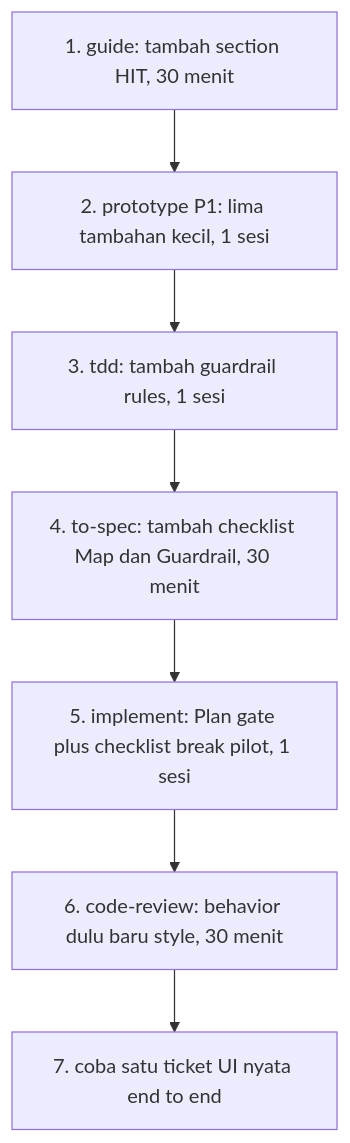
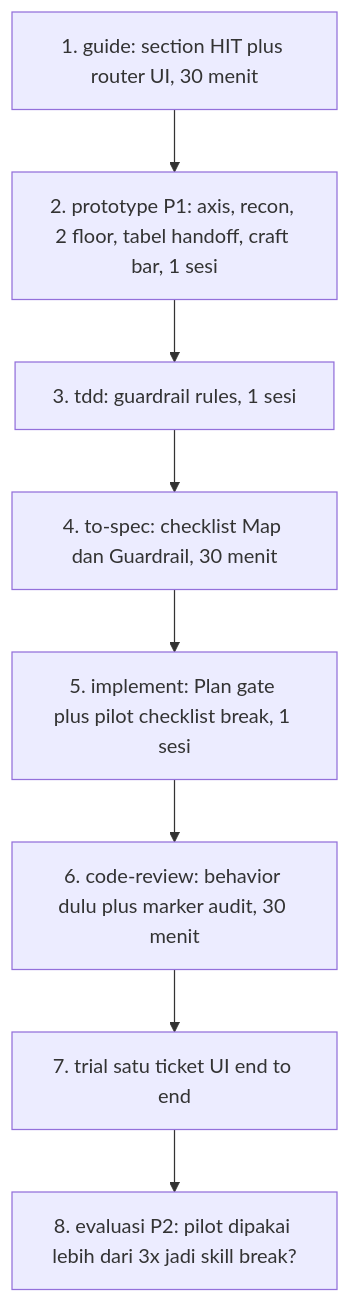
The third of 3 diagrams in scratch/hit-loop-plan.md (TudeOrangBiasa/skills-for-agents), drawn with Mermaid before and after one commit. The commit also changed other lines of this file, not shown here.

Commit message:
Auto-save: Updated scratch/hit-loop-plan.md

````diff
--- a/scratch/hit-loop-plan.md
+++ b/scratch/hit-loop-plan.md
@@ -220,9 +220,10 @@
 ```mermaid
 flowchart TD
-    A["1. guide: tambah section HIT, 30 menit"] --> B["2. prototype P1: lima tambahan kecil, 1 sesi"]
-    B --> C["3. tdd: tambah guardrail rules, 1 sesi"]
-    C --> D["4. to-spec: tambah checklist Map dan Guardrail, 30 menit"]
-    D --> E["5. implement: Plan gate plus checklist break pilot, 1 sesi"]
-    E --> F["6. code-review: behavior dulu baru style, 30 menit"]
-    F --> G["7. coba satu ticket UI nyata end to end"]
+    A["1. guide: section HIT plus router UI, 30 menit"] --> B["2. prototype P1: axis, recon, 2 floor, tabel handoff, craft bar, 1 sesi"]
+    B --> C["3. tdd: guardrail rules, 1 sesi"]
+    C --> D["4. to-spec: checklist Map dan Guardrail, 30 menit"]
+    D --> E["5. implement: Plan gate plus pilot checklist break, 1 sesi"]
+    E --> F["6. code-review: behavior dulu plus marker audit, 30 menit"]
+    F --> G["7. trial satu ticket UI end to end"]
+    G --> H["8. evaluasi P2: pilot dipakai lebih dari 3x jadi skill break?"]
 ```
````
